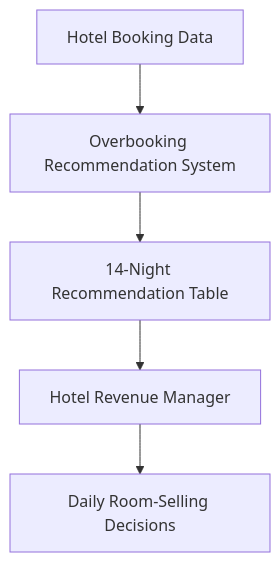
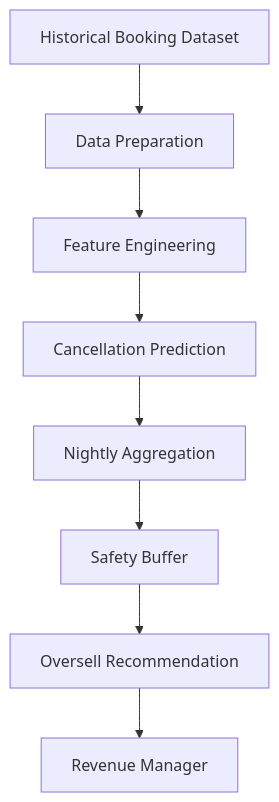
Before and after one commit to hashincludeaayush/Project_Oversell_IITGN: the first of 2 diagrams in docs/PRD.md, drawn with Mermaid. The commit also changed other lines of this file and 5 other files, not shown here.

````diff
--- a/docs/PRD.md
+++ b/docs/PRD.md
@@ -80,8 +232,10 @@
 ```mermaid
 flowchart TD
-    A["Hotel Booking Data"] --> B["Overbooking Recommendation System"]
-    B --> C["14-Night Recommendation Table"]
-    C --> D["Hotel Revenue Manager"]
-
-    D --> E["Daily Room-Selling Decisions"]
+    A[Historical Booking Dataset] --> B[Data Preparation]
+    B --> C[Feature Engineering]
+    C --> D[Cancellation Prediction]
+    D --> E[Nightly Aggregation]
+    E --> F[Safety Buffer]
+    F --> G[Oversell Recommendation]
+    G --> H[Revenue Manager]
 ```
````
